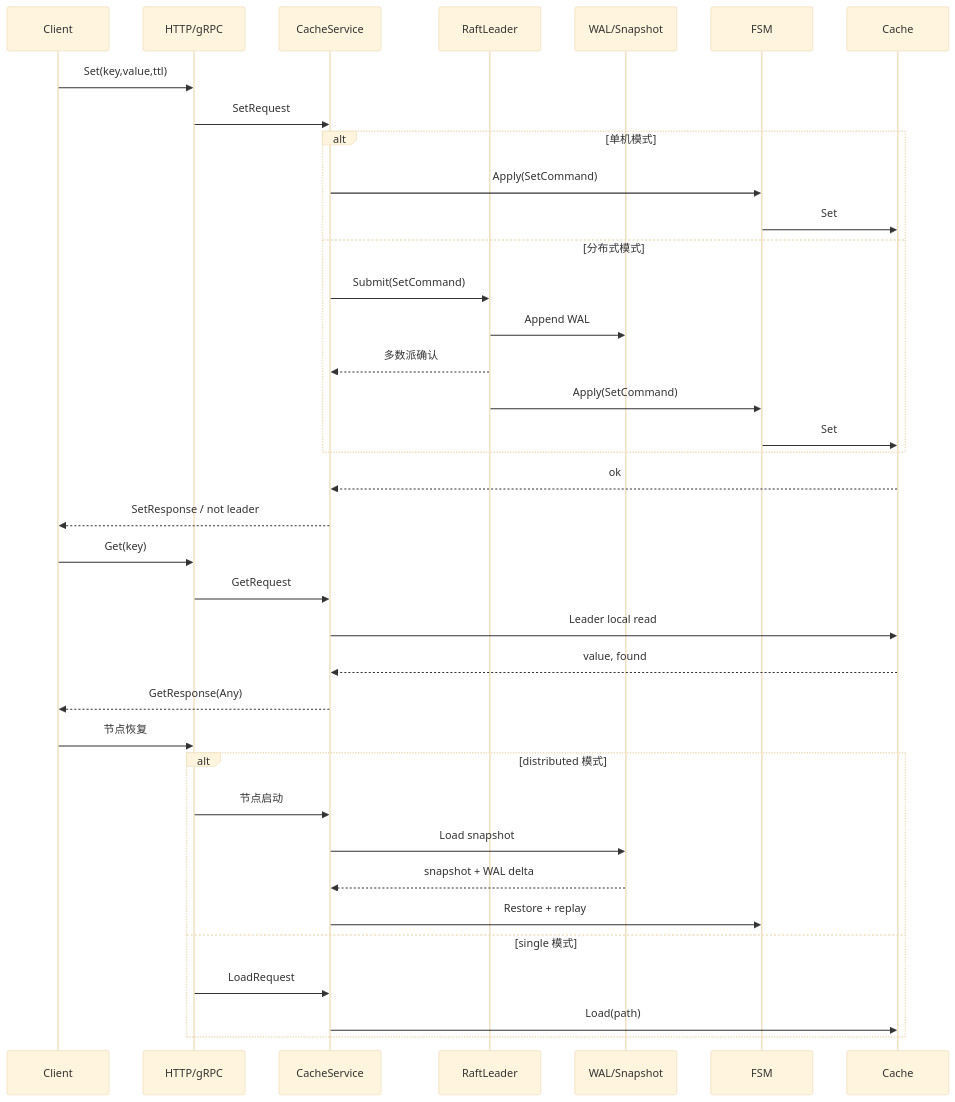
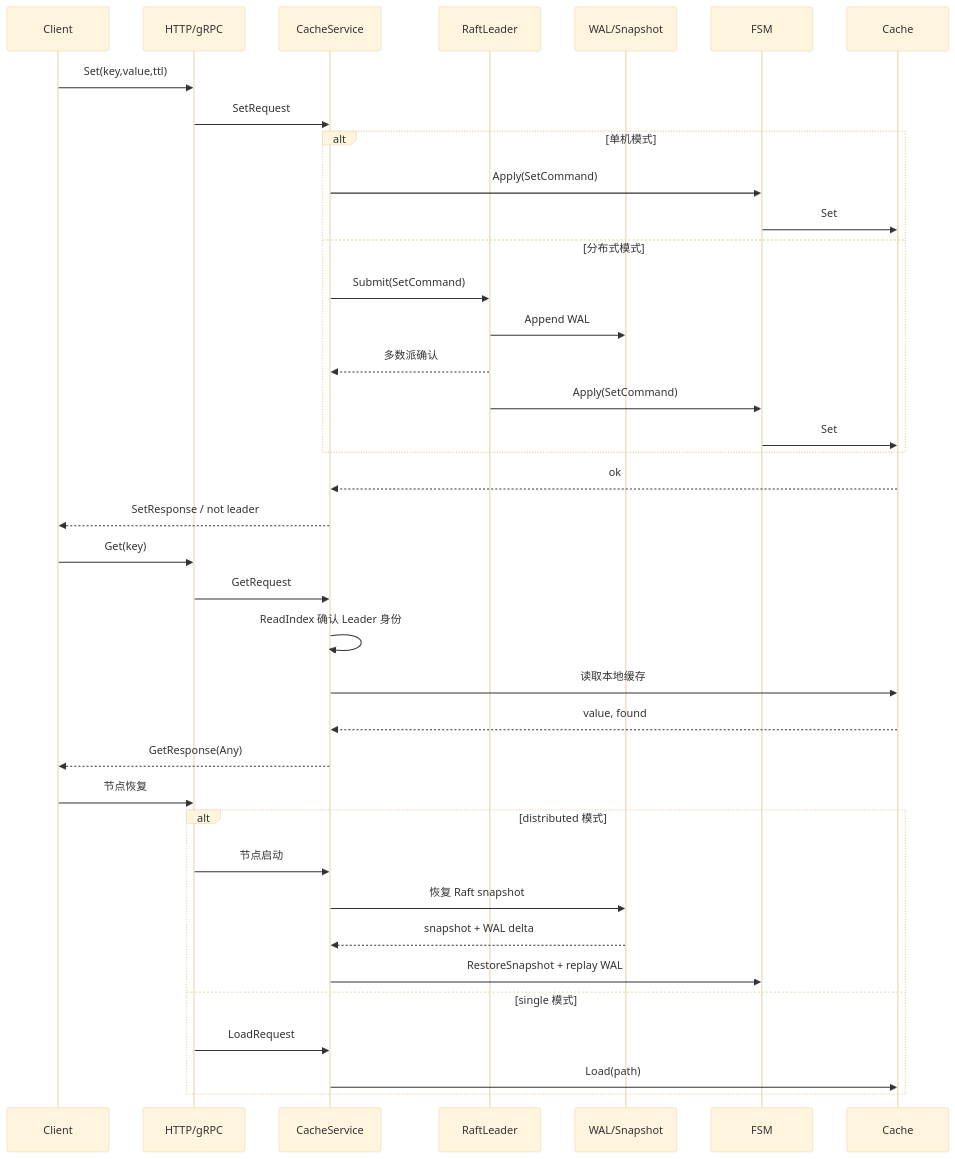
One commit to lushenle/simple-cache changed the second of 2 diagrams in docs/architecture.md. Above: the diagram before and after it, drawn with Mermaid (base theme). The commit also changed other lines of this file and 9 other files, not shown here.

````diff
--- a/docs/architecture.md
+++ b/docs/architecture.md
@@ -58,42 +59,43 @@
 ```mermaid
 sequenceDiagram
   participant Client
   participant Gateway as HTTP/gRPC
   participant CacheService
   participant RaftLeader
   participant Storage as WAL/Snapshot
   participant FSM
   participant Cache
 
   Client->>Gateway: Set(key,value,ttl)
   Gateway->>CacheService: SetRequest
   alt 单机模式
     CacheService->>FSM: Apply(SetCommand)
     FSM->>Cache: Set
   else 分布式模式
     CacheService->>RaftLeader: Submit(SetCommand)
     RaftLeader->>Storage: Append WAL
     RaftLeader-->>CacheService: 多数派确认
     RaftLeader->>FSM: Apply(SetCommand)
     FSM->>Cache: Set
   end
   Cache-->>CacheService: ok
   CacheService-->>Client: SetResponse / not leader
 
   Client->>Gateway: Get(key)
   Gateway->>CacheService: GetRequest
-  CacheService->>Cache: Leader local read
+  CacheService->>CacheService: ReadIndex 确认 Leader 身份
+  CacheService->>Cache: 读取本地缓存
   Cache-->>CacheService: value, found
   CacheService-->>Client: GetResponse(Any)
 
   Client->>Gateway: 节点恢复
   alt distributed 模式
     Gateway->>CacheService: 节点启动
-    CacheService->>Storage: Load snapshot
+    CacheService->>Storage: 恢复 Raft snapshot
     Storage-->>CacheService: snapshot + WAL delta
-    CacheService->>FSM: Restore + replay
+    CacheService->>FSM: RestoreSnapshot + replay WAL
   else single 模式
     Gateway->>CacheService: LoadRequest
     CacheService->>Cache: Load(path)
   end
 ```
````
